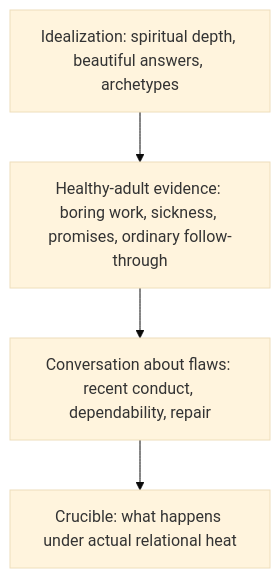
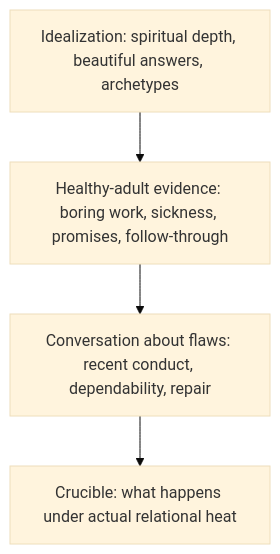
Before and after one commit to u-dont-existDOTcom/pangram-humanization-lab: the seventh of 14 diagrams in work/romance-current-assembly/ARCHITECTURE.md, drawn with Mermaid (base theme). The commit also changed other lines of this file, not shown here.

Commit message:
state: sync Romance architecture to Toft Anami pass

````diff
--- a/work/romance-current-assembly/ARCHITECTURE.md
+++ b/work/romance-current-assembly/ARCHITECTURE.md
@@ -89,9 +133,9 @@
 ```mermaid
 flowchart TD
     idealization["Idealization: spiritual depth, beautiful answers, archetypes"]
-    adult["Healthy-adult evidence: boring work, sickness, promises, ordinary follow-through"]
+    adult["Healthy-adult evidence: boring work, sickness, promises, follow-through"]
     flaws["Conversation about flaws: recent conduct, dependability, repair"]
     crucible["Crucible: what happens under actual relational heat"]
 
     idealization --> adult --> flaws --> crucible
 ```
````
